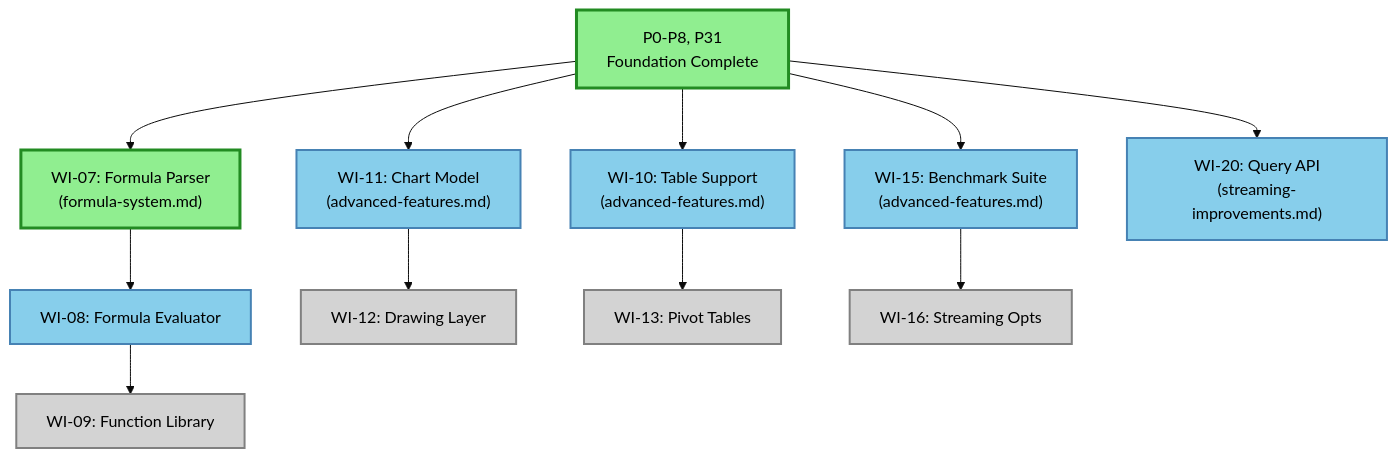
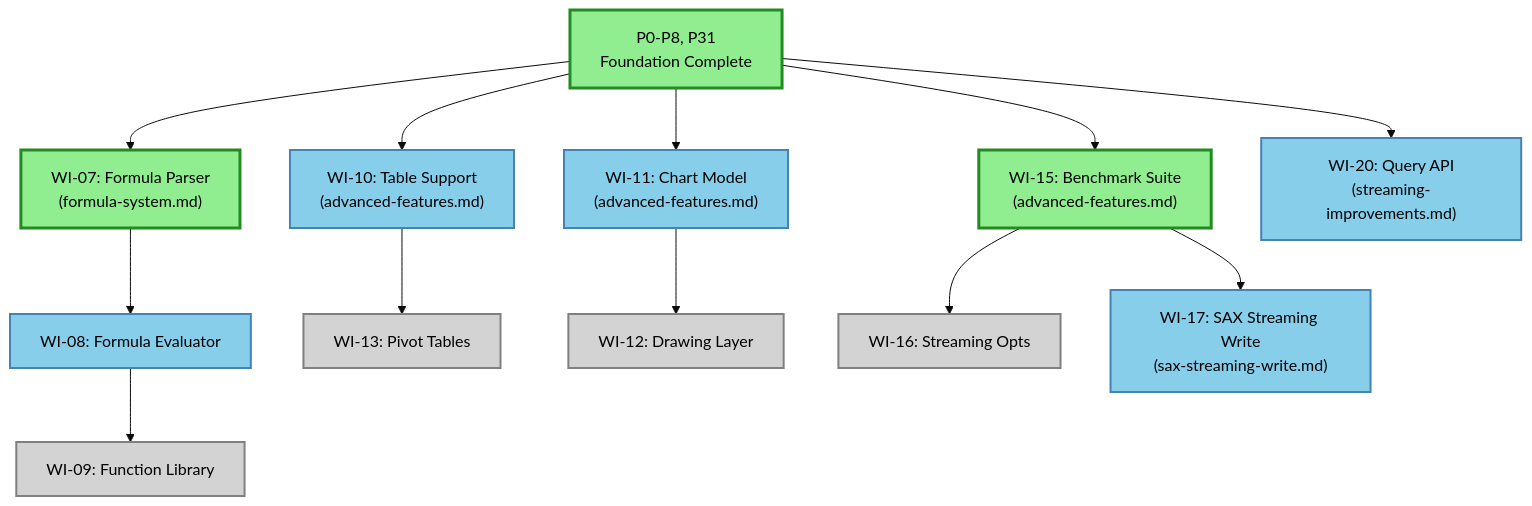
Before and after one commit to TJC-LP/xl: the diagram in docs/plan/roadmap.md, drawn with Mermaid (base theme). The commit also changed other lines of this file and 1 other file, not shown here.

First line of the commit message:
Docs: Add WI-17 SAX streaming write design - defer write optimization to future work

````diff
--- a/docs/plan/roadmap.md
+++ b/docs/plan/roadmap.md
@@ -24,37 +24,39 @@
 ```mermaid
 graph TB
     %% Completed work (green)
     P0["P0-P8, P31<br/>Foundation Complete"]:::completed
     WI07["WI-07: Formula Parser<br/>(formula-system.md)"]:::completed
+    WI15["WI-15: Benchmark Suite<br/>(advanced-features.md)"]:::completed
 
     %% Available work (blue - ready to start)
     WI08["WI-08: Formula Evaluator"]:::available
     WI10["WI-10: Table Support<br/>(advanced-features.md)"]:::available
     WI11["WI-11: Chart Model<br/>(advanced-features.md)"]:::available
-    WI15["WI-15: Benchmark Suite<br/>(advanced-features.md)"]:::available
+    WI17["WI-17: SAX Streaming Write<br/>(sax-streaming-write.md)"]:::available
     WI20["WI-20: Query API<br/>(streaming-improvements.md)"]:::available
 
     %% Blocked work (gray - waiting on dependencies)
     WI09["WI-09: Function Library"]:::blocked
     WI12["WI-12: Drawing Layer"]:::blocked
     WI13["WI-13: Pivot Tables"]:::blocked
     WI16["WI-16: Streaming Opts"]:::blocked
 
     %% Dependencies
     P0 --> WI07
     P0 --> WI10
     P0 --> WI11
     P0 --> WI15
     P0 --> WI20
 
     WI07 --> WI08
     WI08 --> WI09
     WI11 --> WI12
     WI10 --> WI13
     WI15 --> WI16
+    WI15 --> WI17
 
     %% Style definitions
     classDef completed fill:#90EE90,stroke:#228B22,stroke-width:3px,color:#000
     classDef available fill:#87CEEB,stroke:#4682B4,stroke-width:2px,color:#000
     classDef blocked fill:#D3D3D3,stroke:#808080,stroke-width:2px,color:#000
 ```
````
